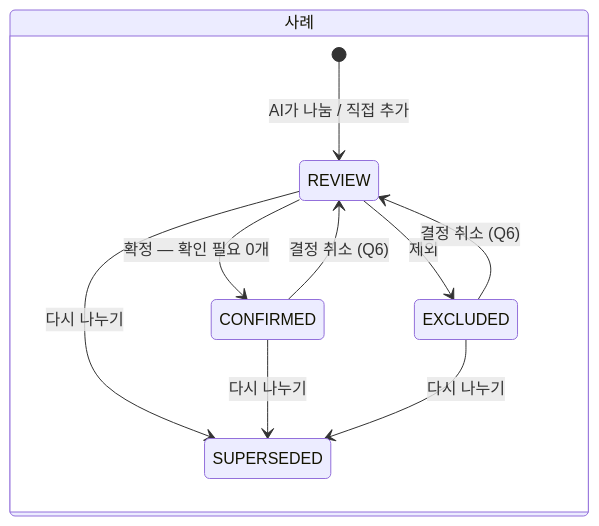
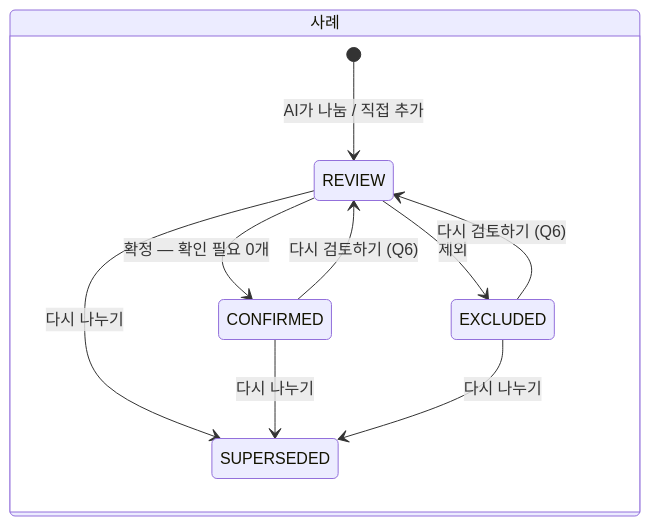
The third of 4 diagrams in docs/02-도메인-모델.md (nerd-nam/BE-nerdnam), drawn with Mermaid before and after one commit. The commit also changed other lines of this file and 5 other files, not shown here.

````diff
--- a/docs/02-도메인-모델.md
+++ b/docs/02-도메인-모델.md
@@ -161,14 +164,14 @@
 ```mermaid
 stateDiagram-v2
     direction LR
     state "사례" as E {
         [*] --> REVIEW : AI가 나눔 / 직접 추가
         REVIEW --> CONFIRMED : 확정 — 확인 필요 0개
         REVIEW --> EXCLUDED : 제외
-        CONFIRMED --> REVIEW : 결정 취소 (Q6)
-        EXCLUDED --> REVIEW : 결정 취소 (Q6)
+        CONFIRMED --> REVIEW : 다시 검토하기 (Q6)
+        EXCLUDED --> REVIEW : 다시 검토하기 (Q6)
         REVIEW --> SUPERSEDED : 다시 나누기
         CONFIRMED --> SUPERSEDED : 다시 나누기
         EXCLUDED --> SUPERSEDED : 다시 나누기
     }
 ```
````
